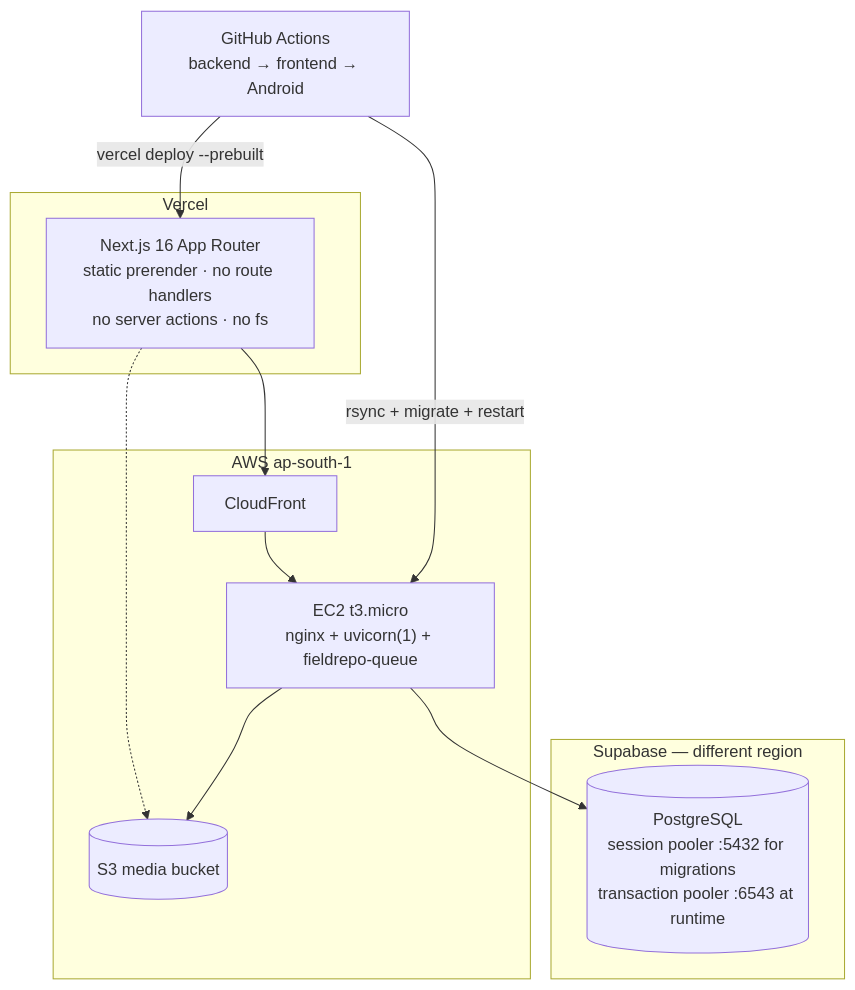
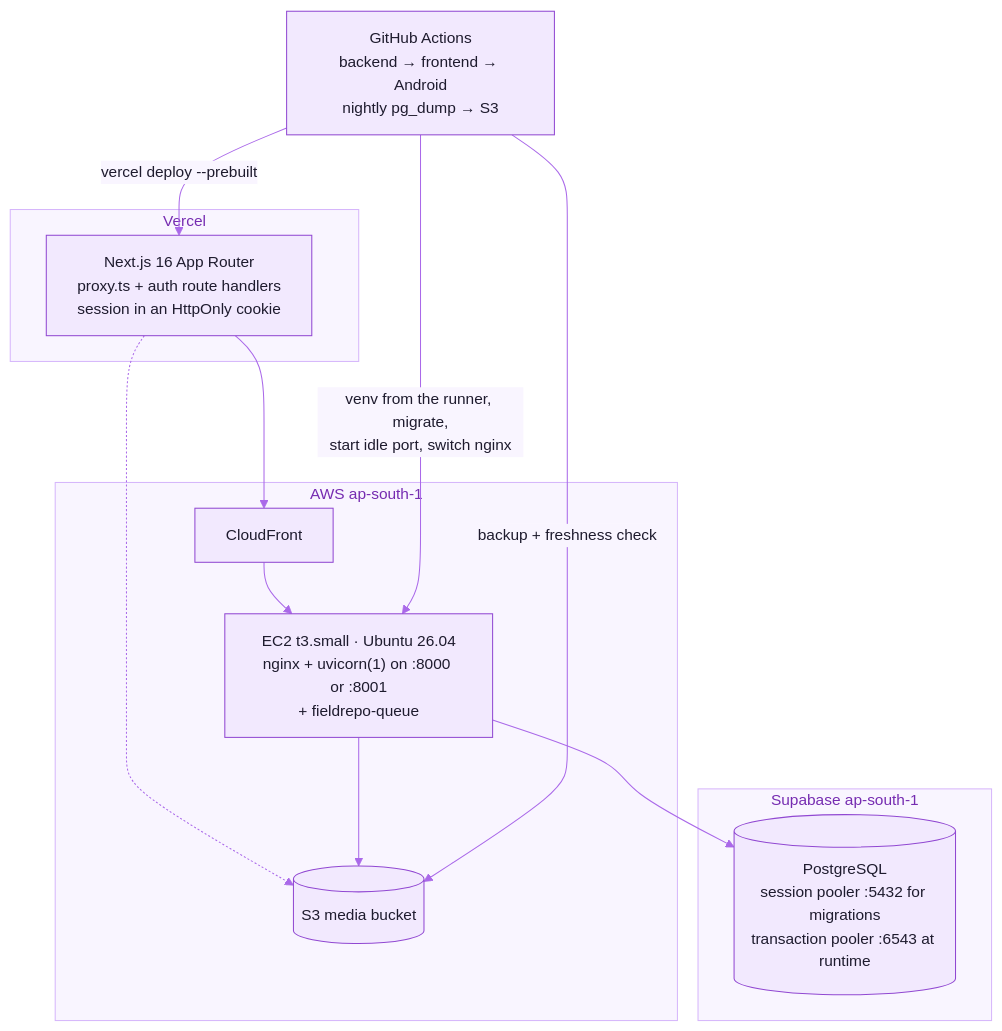
Diagram 12 of 14 in docs/ARCHITECTURE.md (cxacraftecosystem-ui/documentation-portal), drawn with Mermaid before and after one commit. The commit also changed other lines of this file and 106 other files, not shown here.

First line of the commit message:
README showcase: the front page rebuilt on the README kit (copied from designer-portal) with Field Repository content, the readme-check workflow, every docs diagram themed, and the docs brought to 0.0.10

````diff
--- a/docs/ARCHITECTURE.md
+++ b/docs/ARCHITECTURE.md
@@ -519,21 +548,23 @@
 ```mermaid
+%%{init: {"theme":"base","themeVariables":{"fontFamily":"Inter, ui-sans-serif, system-ui, -apple-system, Segoe UI, Roboto, Helvetica, Arial, sans-serif","fontSize":"15px","primaryColor":"#F2E9FE","primaryTextColor":"#1E1B2E","primaryBorderColor":"#9148D2","secondaryColor":"#FAEECD","secondaryTextColor":"#1E1B2E","secondaryBorderColor":"#CD9200","tertiaryColor":"#F3F1FA","tertiaryTextColor":"#1E1B2E","tertiaryBorderColor":"#A7A3BC","mainBkg":"#F2E9FE","nodeBorder":"#9148D2","nodeTextColor":"#1E1B2E","lineColor":"#AA69E9","textColor":"#857F9E","edgeLabelBackground":"#F9F5FF","clusterBkg":"#F9F5FF","clusterBorder":"#D6B6FB","titleColor":"#762CB1","noteBkgColor":"#FAEECD","noteTextColor":"#1E1B2E","noteBorderColor":"#CD9200","actorBkg":"#F2E9FE","actorBorder":"#9148D2","actorTextColor":"#1E1B2E","actorLineColor":"#AA69E9","signalColor":"#AA69E9","signalTextColor":"#857F9E","labelBoxBkgColor":"#F2E9FE","labelBoxBorderColor":"#9148D2","labelTextColor":"#1E1B2E","loopTextColor":"#857F9E","activationBkgColor":"#E7D5FE","activationBorderColor":"#9148D2","sequenceNumberColor":"#FFFFFF","transitionColor":"#AA69E9","transitionLabelColor":"#857F9E","stateLabelColor":"#1E1B2E","stateBkg":"#F2E9FE","compositeBackground":"#F9F5FF","compositeTitleBackground":"#F2E9FE","attributeBackgroundColorOdd":"#FFFFFF","attributeBackgroundColorEven":"#F9F5FF","relationColor":"#AA69E9","relationLabelBackground":"#F9F5FF","relationLabelColor":"#1E1B2E"}}}%%
 flowchart TB
   subgraph vercel["Vercel"]
-    NX2["Next.js 16 App Router<br/>static prerender · no route handlers<br/>no server actions · no fs"]
+    NX2["Next.js 16 App Router<br/>proxy.ts + auth route handlers<br/>session in an HttpOnly cookie"]
   end
   subgraph aws["AWS ap-south-1"]
     CF2[CloudFront]
-    E["EC2 t3.micro<br/>nginx + uvicorn(1) + fieldrepo-queue"]
+    E["EC2 t3.small · Ubuntu 26.04<br/>nginx + uvicorn(1) on :8000 or :8001<br/>+ fieldrepo-queue"]
     S3B[(S3 media bucket)]
   end
-  subgraph sb["Supabase — different region"]
+  subgraph sb["Supabase ap-south-1"]
     PG2[(PostgreSQL<br/>session pooler :5432 for migrations<br/>transaction pooler :6543 at runtime)]
   end
-  GH["GitHub Actions<br/>backend → frontend → Android"]
+  GH["GitHub Actions<br/>backend → frontend → Android<br/>nightly pg_dump → S3"]
 
   NX2 --> CF2 --> E --> PG2
   NX2 -.-> S3B
   E --> S3B
-  GH -->|rsync + migrate + restart| E
+  GH -->|venv from the runner, migrate,<br/>start idle port, switch nginx| E
+  GH -->|backup + freshness check| S3B
   GH -->|vercel deploy --prebuilt| NX2
 ```
````
